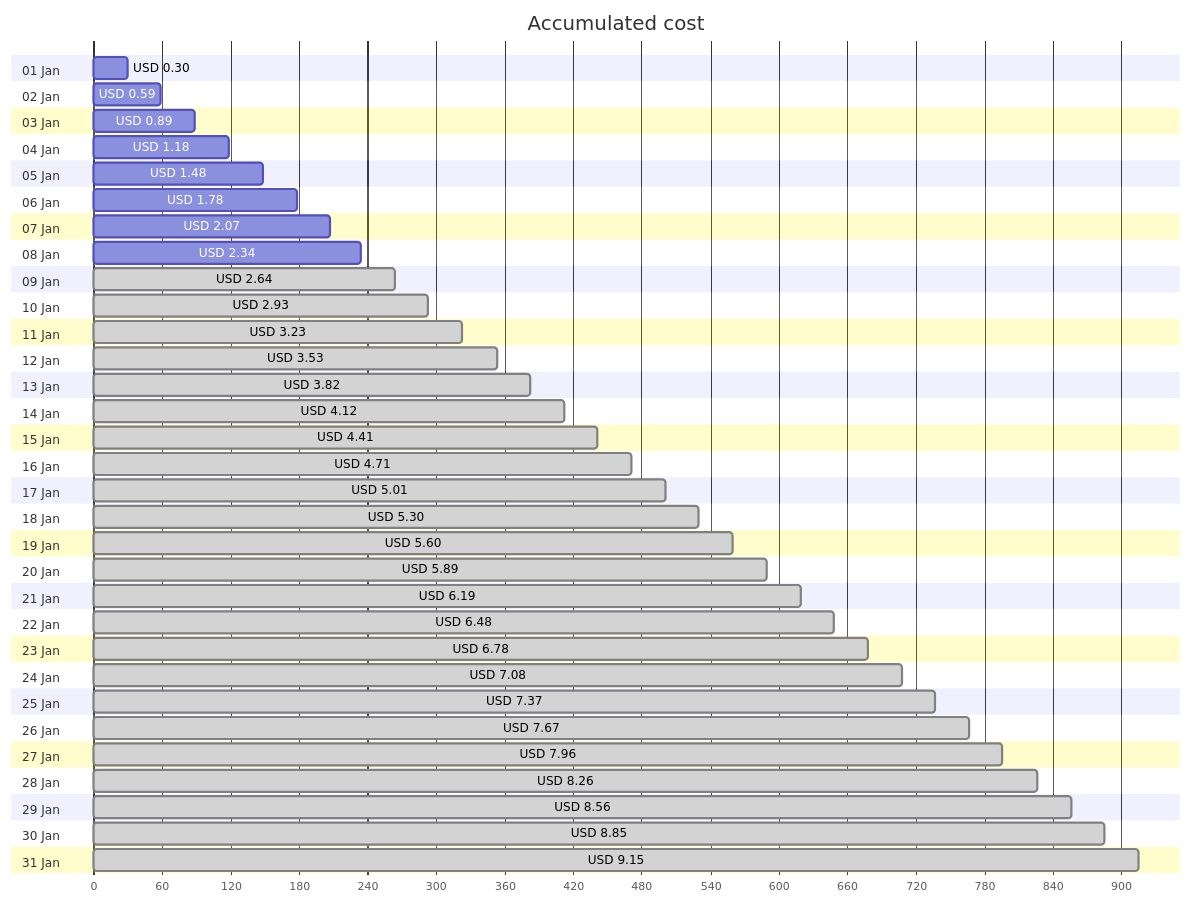
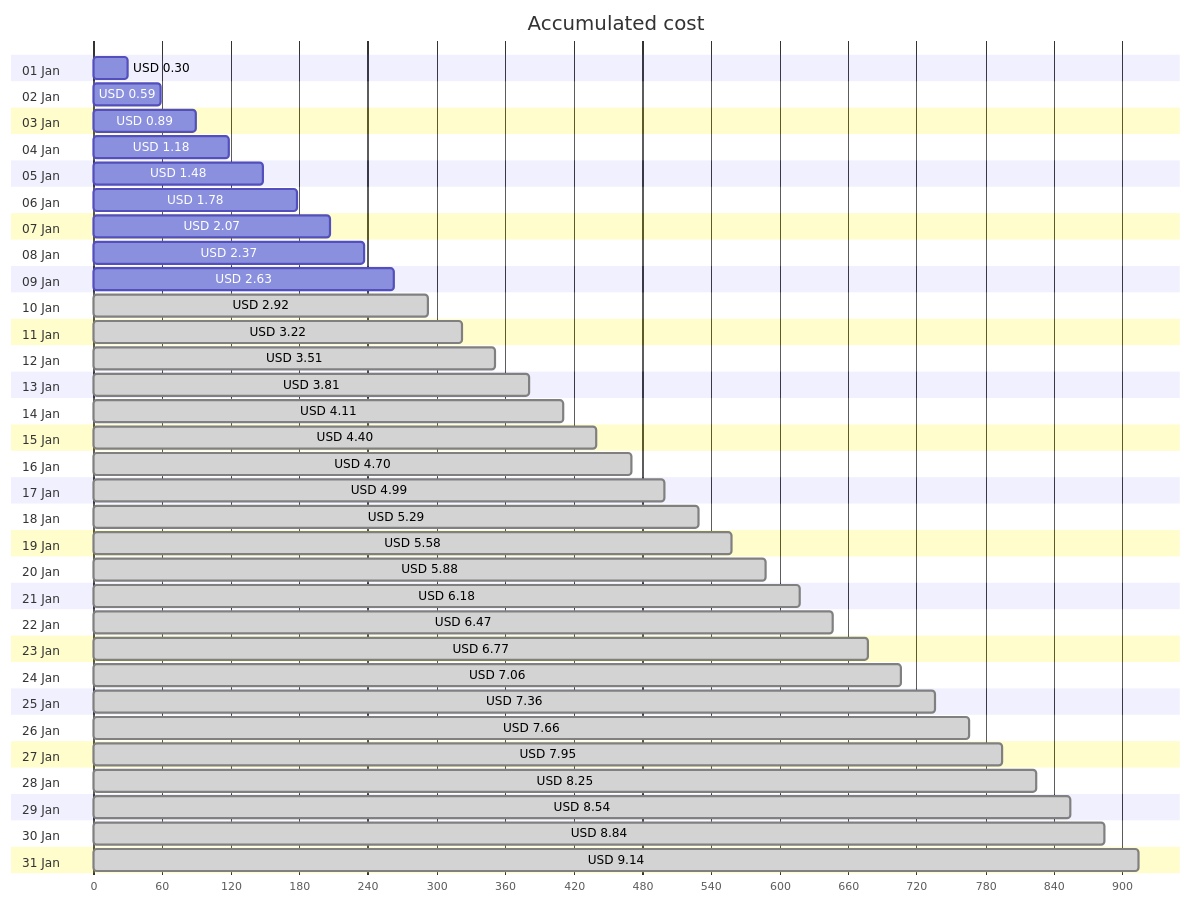
One commit to jpfulton/azure-personal-reports changed the first of 4 diagrams in cost-reports/personal-site/personal-site-preview.md. Above: the diagram before and after it, drawn with Mermaid. The commit also changed other lines of this file and 6 other files, not shown here.

````diff
--- a/cost-reports/personal-site/personal-site-preview.md
+++ b/cost-reports/personal-site/personal-site-preview.md
@@ -20,68 +20,68 @@
 ```mermaid
 gantt
    title Accumulated cost
    dateFormat  X
    axisFormat %s
    section 01 Jan
    USD 0.30 :0, 30
    section 02 Jan
    USD 0.59 :0, 59
    section 03 Jan
    USD 0.89 :0, 89
    section 04 Jan
    USD 1.18 :0, 118
    section 05 Jan
    USD 1.48 :0, 148
    section 06 Jan
    USD 1.78 :0, 178
    section 07 Jan
    USD 2.07 :0, 207
    section 08 Jan
-   USD 2.34 :0, 234
+   USD 2.37 :0, 237
    section 09 Jan
-   USD 2.64 : done, 0, 264
+   USD 2.63 :0, 263
    section 10 Jan
-   USD 2.93 : done, 0, 293
+   USD 2.92 : done, 0, 292
    section 11 Jan
-   USD 3.23 : done, 0, 323
+   USD 3.22 : done, 0, 322
    section 12 Jan
-   USD 3.53 : done, 0, 353
+   USD 3.51 : done, 0, 351
    section 13 Jan
-   USD 3.82 : done, 0, 382
+   USD 3.81 : done, 0, 381
    section 14 Jan
-   USD 4.12 : done, 0, 412
+   USD 4.11 : done, 0, 411
    section 15 Jan
-   USD 4.41 : done, 0, 441
+   USD 4.40 : done, 0, 440
    section 16 Jan
-   USD 4.71 : done, 0, 471
+   USD 4.70 : done, 0, 470
    section 17 Jan
-   USD 5.01 : done, 0, 501
+   USD 4.99 : done, 0, 499
    section 18 Jan
-   USD 5.30 : done, 0, 530
+   USD 5.29 : done, 0, 529
    section 19 Jan
-   USD 5.60 : done, 0, 560
+   USD 5.58 : done, 0, 558
    section 20 Jan
-   USD 5.89 : done, 0, 589
+   USD 5.88 : done, 0, 588
    section 21 Jan
-   USD 6.19 : done, 0, 619
+   USD 6.18 : done, 0, 618
    section 22 Jan
-   USD 6.48 : done, 0, 648
+   USD 6.47 : done, 0, 647
    section 23 Jan
-   USD 6.78 : done, 0, 678
+   USD 6.77 : done, 0, 677
    section 24 Jan
-   USD 7.08 : done, 0, 708
+   USD 7.06 : done, 0, 706
    section 25 Jan
-   USD 7.37 : done, 0, 737
+   USD 7.36 : done, 0, 736
    section 26 Jan
-   USD 7.67 : done, 0, 767
+   USD 7.66 : done, 0, 766
    section 27 Jan
-   USD 7.96 : done, 0, 796
+   USD 7.95 : done, 0, 795
    section 28 Jan
-   USD 8.26 : done, 0, 826
+   USD 8.25 : done, 0, 825
    section 29 Jan
-   USD 8.56 : done, 0, 856
+   USD 8.54 : done, 0, 854
    section 30 Jan
-   USD 8.85 : done, 0, 885
+   USD 8.84 : done, 0, 884
    section 31 Jan
-   USD 9.15 : done, 0, 915
+   USD 9.14 : done, 0, 914
 ```
````
